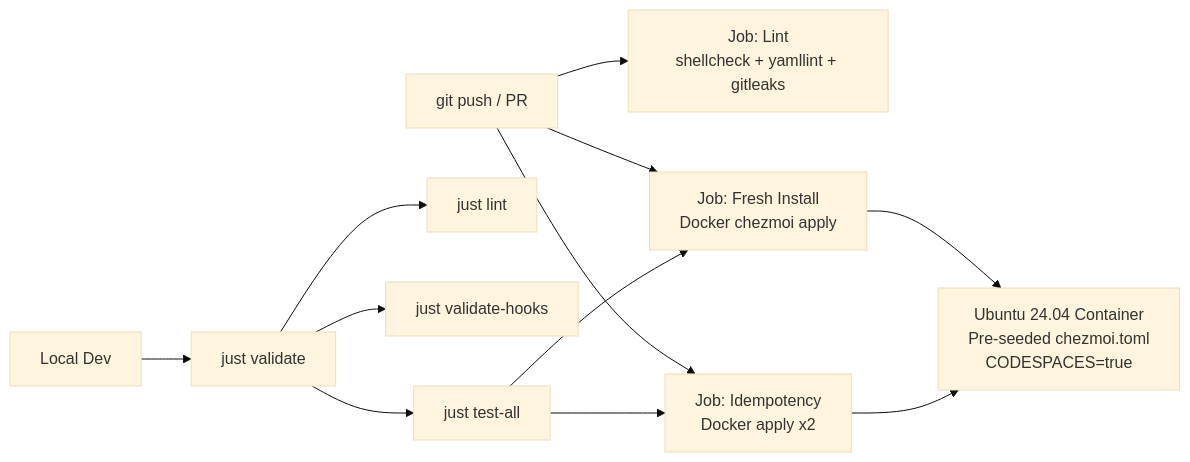
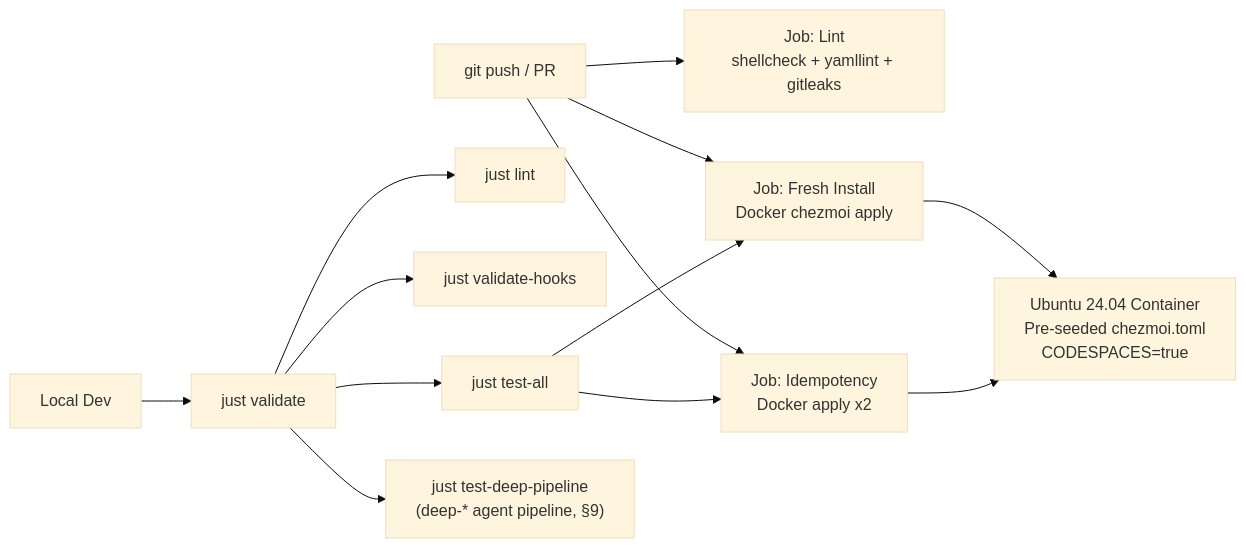
One commit to ybarsotti/dotfiles changed the second of 3 diagrams in ARCHITECTURE.md. Above: the diagram before and after it, drawn with Mermaid (base theme). The commit also changed other lines of this file and 8 other files, not shown here.

First line of the commit message:
test(deep-execute): gate the parallel pipeline end to end

````diff
--- a/ARCHITECTURE.md
+++ b/ARCHITECTURE.md
@@ -170,16 +171,17 @@
 ```mermaid
 graph LR
     PUSH["git push / PR"] --> LINT["Job: Lint<br/>shellcheck + yamllint + gitleaks"]
     PUSH --> FRESH["Job: Fresh Install<br/>Docker chezmoi apply"]
     PUSH --> IDEMP["Job: Idempotency<br/>Docker apply x2"]
 
     FRESH --> DOCKER["Ubuntu 24.04 Container<br/>Pre-seeded chezmoi.toml<br/>CODESPACES=true"]
     IDEMP --> DOCKER
 
     LOCAL["Local Dev"] --> JUST["just validate"]
     JUST --> LINT2["just lint"]
     JUST --> HOOKS["just validate-hooks"]
     JUST --> TEST["just test-all"]
+    JUST --> DEEPTEST["just test-deep-pipeline<br/>(deep-* agent pipeline, §9)"]
     TEST --> FRESH
     TEST --> IDEMP
 ```
````
